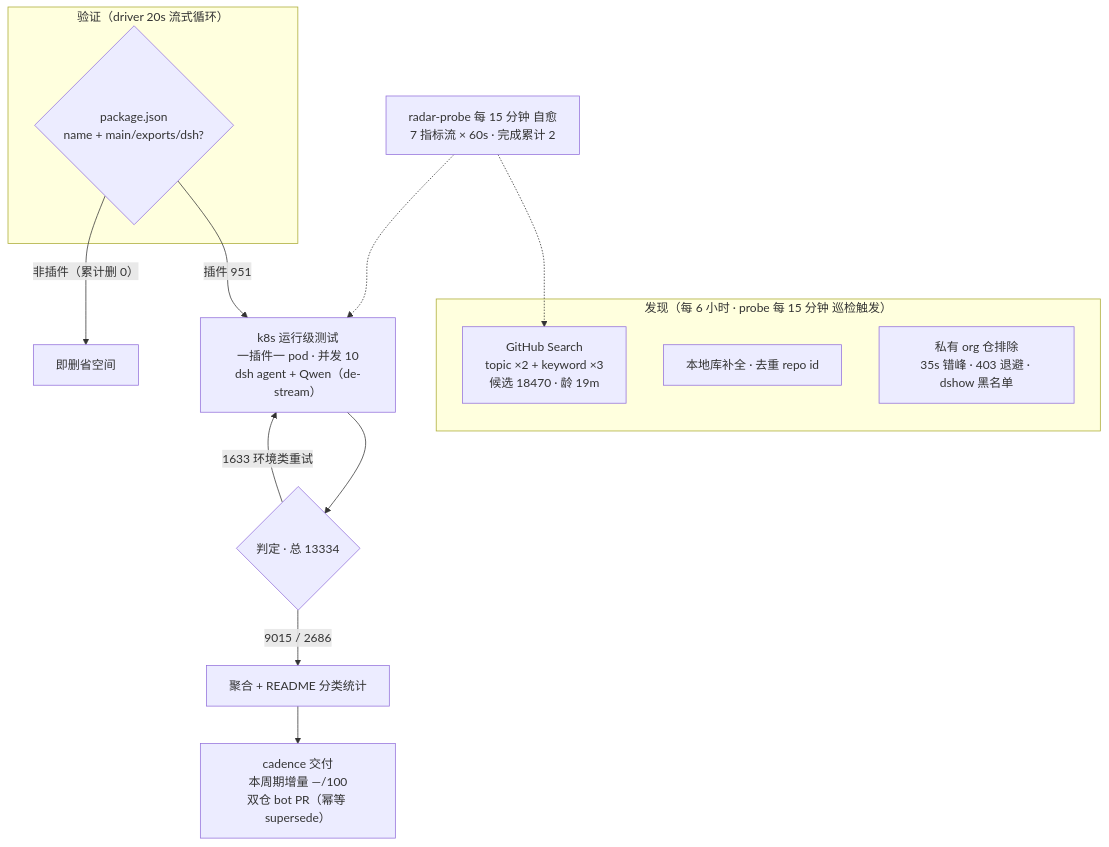
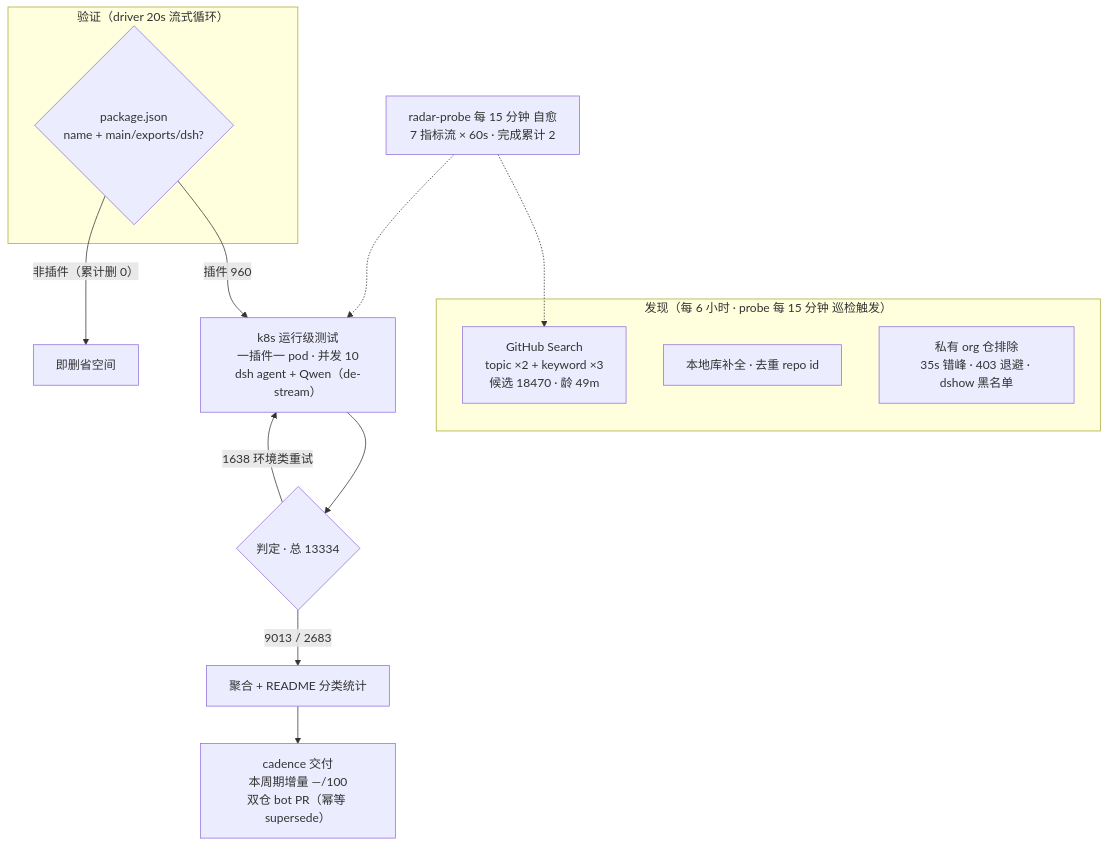
Before and after one commit to AdamPlatin123/awesome-dsh-plugins: the diagram in README.md, drawn with Mermaid. The commit also changed other lines of this file and 8 other files, not shown here.

````diff
--- a/README.md
+++ b/README.md
@@ -52,20 +52,20 @@
 ```mermaid
 flowchart TB
     subgraph Discovery["发现（每 6 小时 · probe 每 15 分钟 巡检触发）"]
-        A1["GitHub Search<br/>topic ×2 + keyword ×3<br/>候选 18470 · 龄 19m"]
+        A1["GitHub Search<br/>topic ×2 + keyword ×3<br/>候选 18470 · 龄 49m"]
         A2["本地库补全 · 去重 repo id"]
         A3["私有 org 仓排除<br/>35s 错峰 · 403 退避 · dshow 黑名单"]
     end
     subgraph Validation["验证（driver 20s 流式循环）"]
         B1{"package.json<br/>name + main/exports/dsh?"}
     end
-    B1 -->|"插件 951"| C1["k8s 运行级测试<br/>一插件一 pod · 并发 10<br/>dsh agent + Qwen（de-stream）"]
+    B1 -->|"插件 960"| C1["k8s 运行级测试<br/>一插件一 pod · 并发 10<br/>dsh agent + Qwen（de-stream）"]
     B1 -->|"非插件（累计删 0）"| B3["即删省空间"]
     C1 --> D1{"判定 · 总 13334"}
-    D1 -->|"9015 / 2686"| E1["聚合 + README 分类统计"]
-    D1 -->|"1633 环境类重试"| C1
+    D1 -->|"9013 / 2683"| E1["聚合 + README 分类统计"]
+    D1 -->|"1638 环境类重试"| C1
     E1 --> E2["cadence 交付<br/>本周期增量 —/100<br/>双仓 bot PR（幂等 supersede）"]
     M["radar-probe 每 15 分钟 自愈<br/>7 指标流 × 60s · 完成累计 2"]
     M -.-> A1
     M -.-> C1
 ```
````
